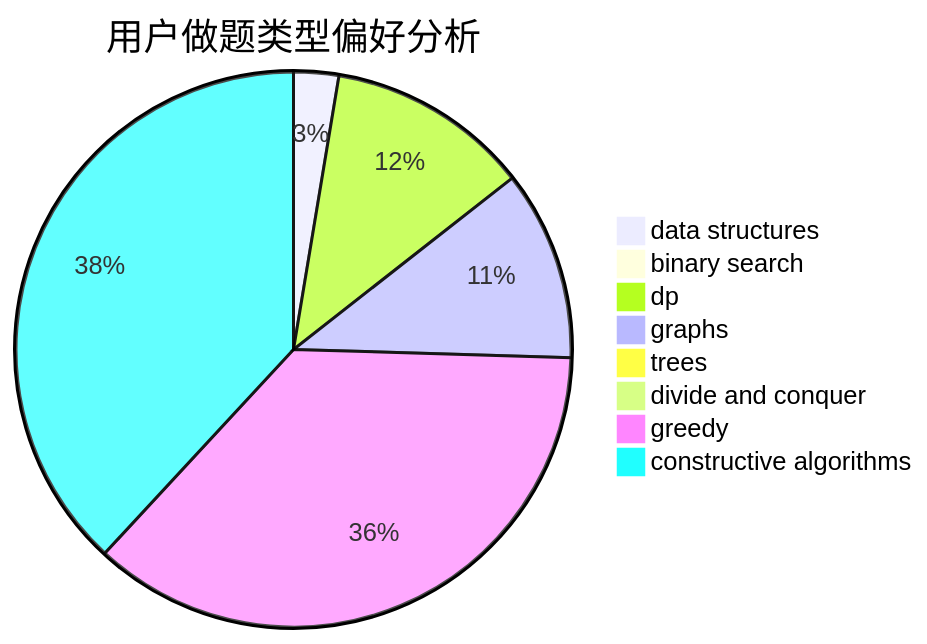
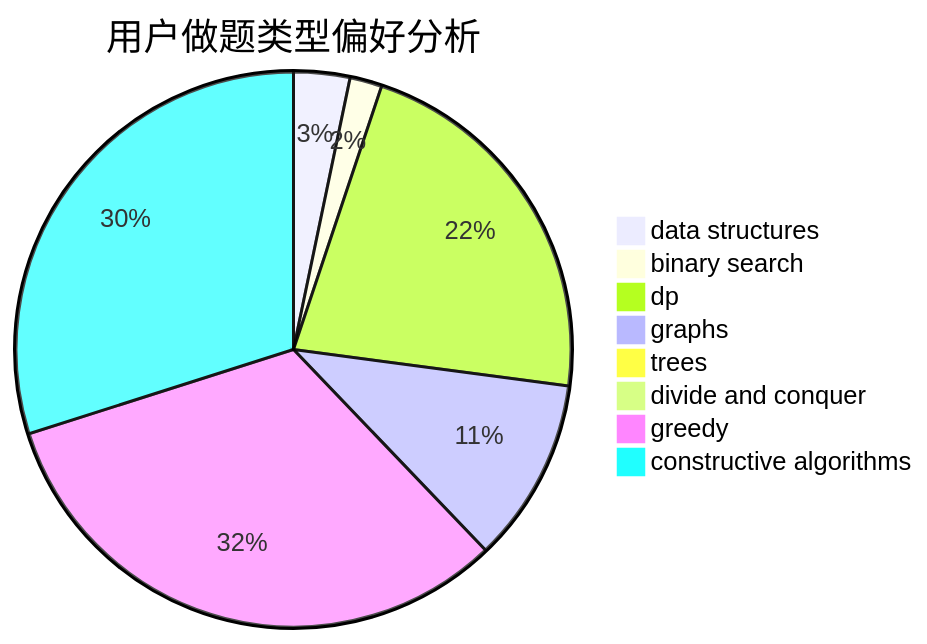
The second of 3 diagrams in docs/user/u2071.md (sherpahu/cfrs.github.io), drawn with Mermaid before and after one commit. The commit also changed other lines of this file and 2770 other files, not shown here.

````diff
--- a/docs/user/u2071.md
+++ b/docs/user/u2071.md
@@ -23,11 +23,11 @@
 ```mermaid
 pie title 用户做题类型偏好分析
-    "data structures" :  28
-    "binary search" :  0
-    "dp" :  126
-    "graphs" :  118
-    "trees" :  7
-    "divide and conquer" :  0
-    "greedy" :  389
-    "constructive algorithms" :  407
+    "data structures" :  7
+    "binary search" :  4
+    "dp" :  47
+    "graphs" :  23
+    "trees" :  0
+    "divide and conquer" :  1
+    "greedy" :  69
+    "constructive algorithms" :  64
 ```
````
